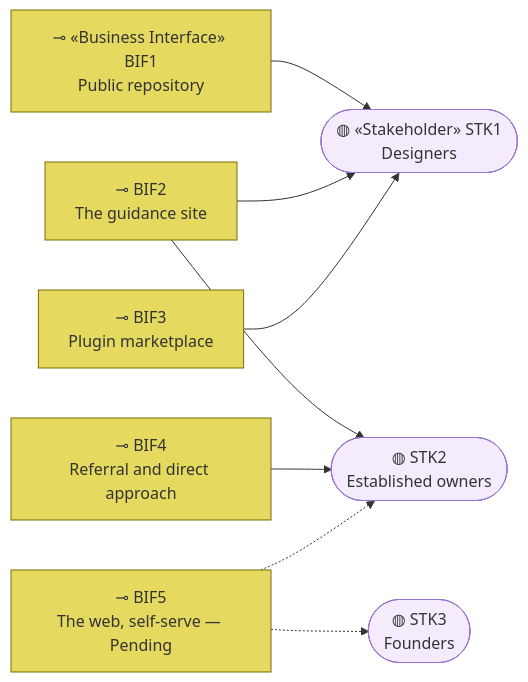
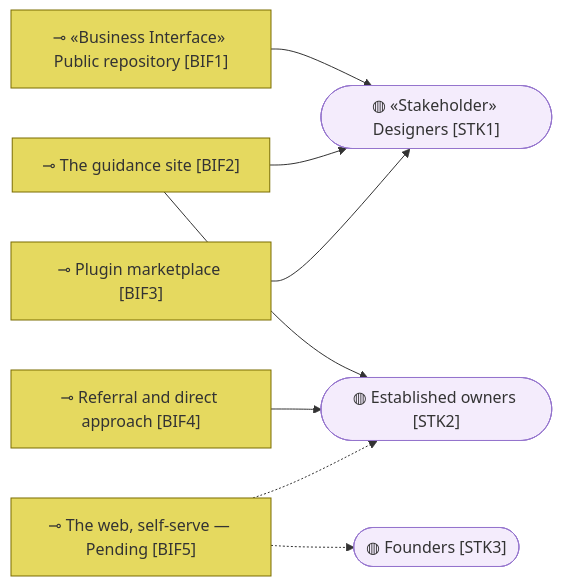
The third of 3 diagrams in org-archreator/architecture/2_business/2_business-services.md (roanboc/architecture-archreator), drawn with Mermaid before and after one commit. The commit also changed other lines of this file and 38 other files, not shown here.

````diff
--- a/org-archreator/architecture/2_business/2_business-services.md
+++ b/org-archreator/architecture/2_business/2_business-services.md
@@ -116,23 +116,23 @@
 ```mermaid
 flowchart LR
-  bif1["⊸ «Business Interface» BIF1<br>Public repository"]:::interface
-  bif2["⊸ BIF2<br>The guidance site"]:::interface
-  bif3["⊸ BIF3<br>Plugin marketplace"]:::interface
-  bif4["⊸ BIF4<br>Referral and direct approach"]:::interface
-  bif5["⊸ BIF5<br>The web, self-serve — Pending"]:::interface
+  bif1["⊸ «Business Interface» Public repository [BIF1]"]:::interface
+  bif2["⊸ The guidance site [BIF2]"]:::interface
+  bif3["⊸ Plugin marketplace [BIF3]"]:::interface
+  bif4["⊸ Referral and direct approach [BIF4]"]:::interface
+  bif5["⊸ The web, self-serve — Pending [BIF5]"]:::interface
 
-  stk1(["◍ «Stakeholder» STK1<br>Designers"]):::stakeholder
-  stk2(["◍ STK2<br>Established owners"]):::stakeholder
-  stk3(["◍ STK3<br>Founders"]):::stakeholder
+  stk1(["◍ «Stakeholder» Designers [STK1]"]):::stakeholder
+  stk2(["◍ Established owners [STK2]"]):::stakeholder
+  stk3(["◍ Founders [STK3]"]):::stakeholder
 
   bif1 --> stk1
   bif2 --> stk1
   bif2 --> stk2
   bif3 --> stk1
   bif4 --> stk2
   bif5 -.-> stk2
   bif5 -.-> stk3
 
   classDef interface fill:#e5d95f,stroke:#7a6c00,color:#333
   classDef stakeholder fill:#f4ecfc,stroke:#9575cd,color:#333
 ```
````
